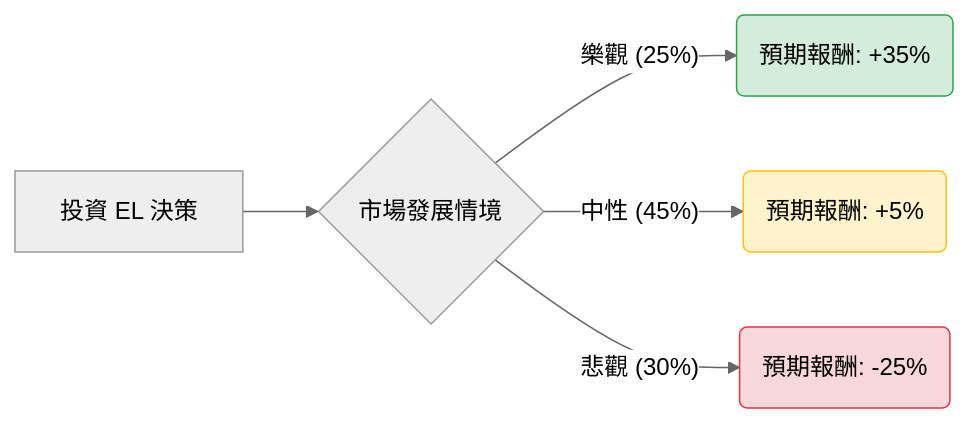
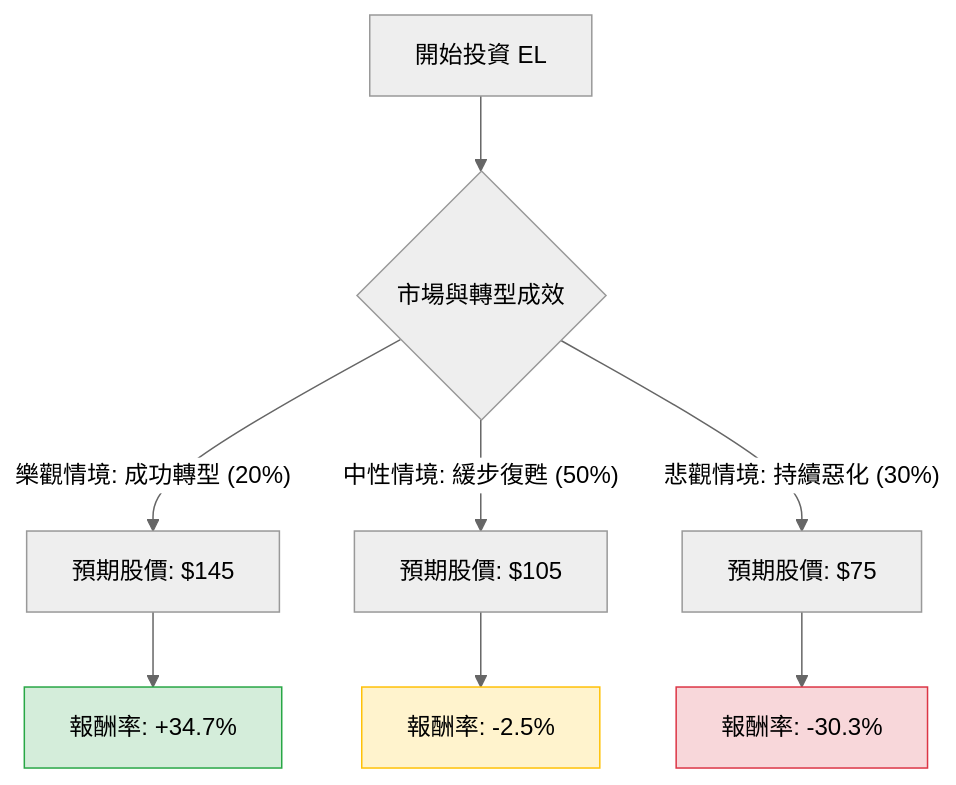
One commit to zmcx16/zmcx16.github.io changed the diagram in plugin-react/ai-analysis/ev-analysis/EL.md. Above: the diagram before and after it, drawn with Mermaid (neutral theme). The commit also changed other lines of this file and 83 other files, not shown here.

````diff
--- a/plugin-react/ai-analysis/ev-analysis/EL.md
+++ b/plugin-react/ai-analysis/ev-analysis/EL.md
@@ -22,12 +19,16 @@
 ```mermaid
-graph LR
-    A[投資 EL 決策] --> B{市場發展情境}
+graph TD
+    A[開始投資 EL] --> B{市場與轉型成效}
     
-    B -- 樂觀 (25%) --> C(預期報酬: +35%)
-    B -- 中性 (45%) --> D(預期報酬: +5%)
-    B -- 悲觀 (30%) --> E(預期報酬: -25%)
+    B -- 樂觀情境: 成功轉型 (20%) --> C[預期股價: $145]
+    B -- 中性情境: 緩步復甦 (50%) --> D[預期股價: $105]
+    B -- 悲觀情境: 持續惡化 (30%) --> E[預期股價: $75]
 
-    style C fill:#d4edda,stroke:#28a745
-    style D fill:#fff3cd,stroke:#ffc107
-    style E fill:#f8d7da,stroke:#dc3545
+    C --> C1[報酬率: +34.7%]
+    D --> D1[報酬率: -2.5%]
+    E --> E1[報酬率: -30.3%]
+
+    style C1 fill:#d4edda,stroke:#28a745
+    style D1 fill:#fff3cd,stroke:#ffc107
+    style E1 fill:#f8d7da,stroke:#dc3545
 ```
````
